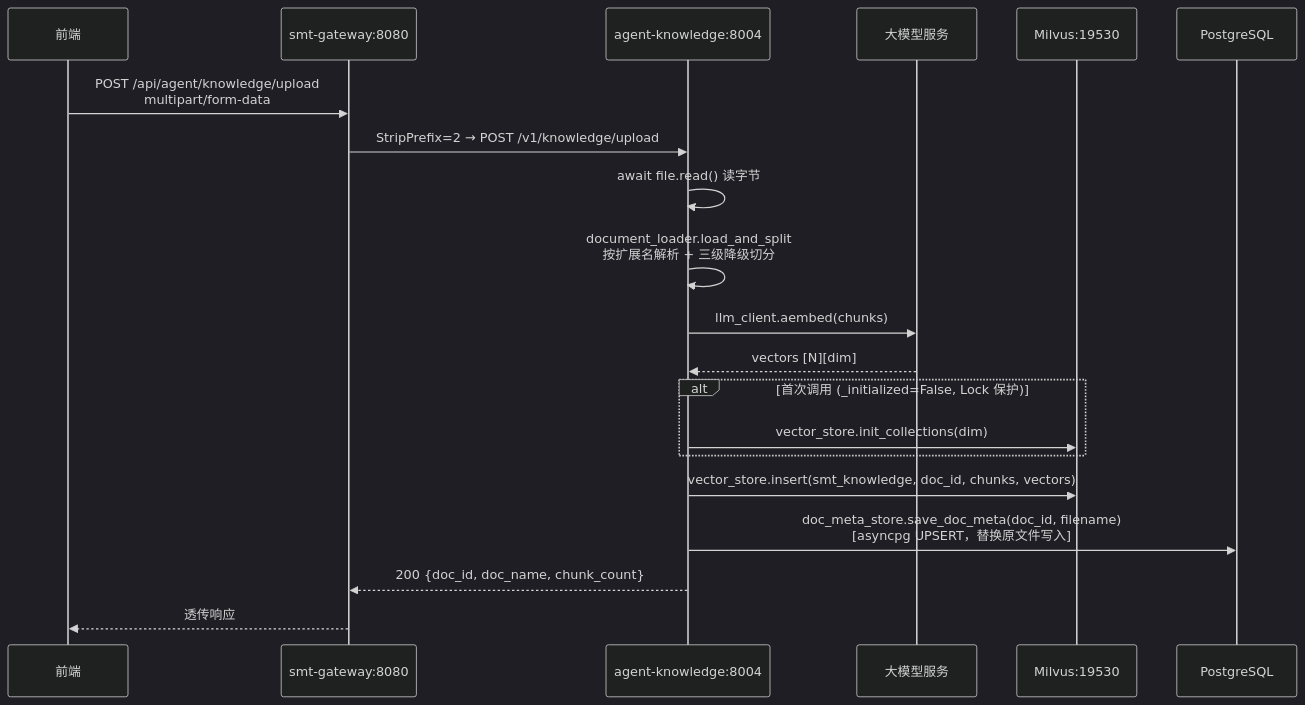
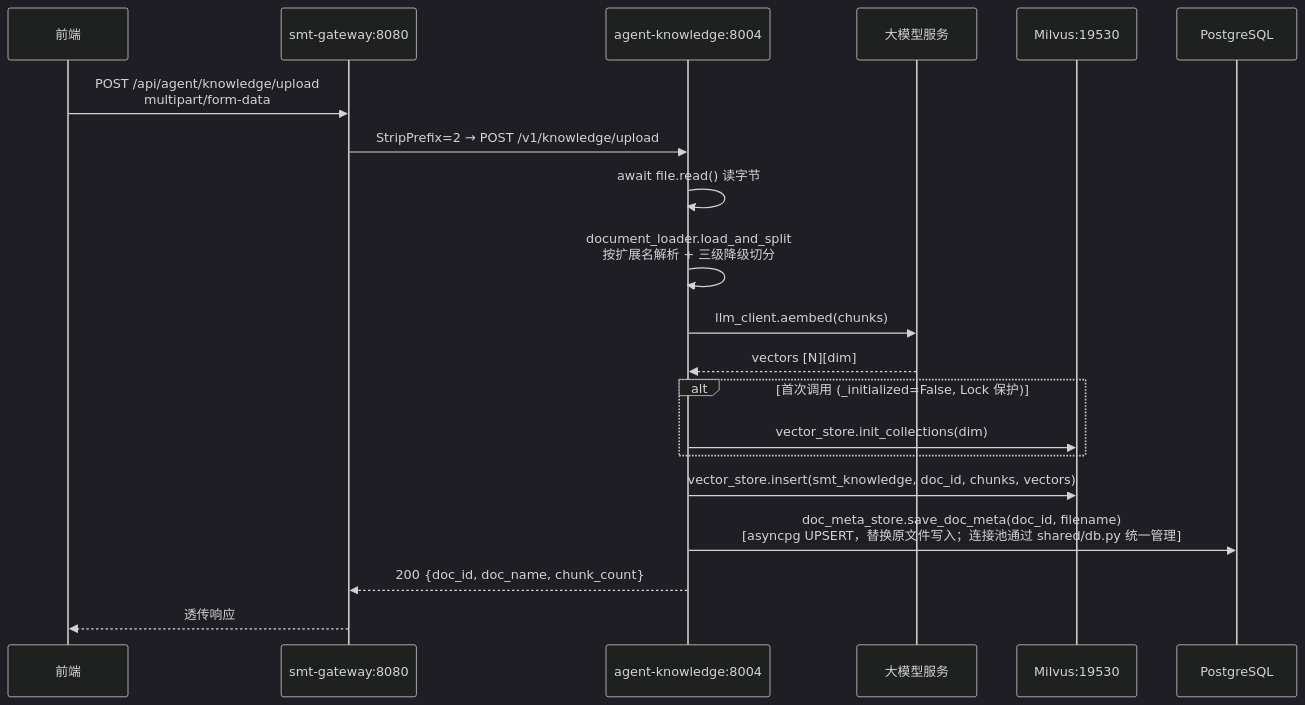
Before and after one commit to north30-dev/smt-agent-platform: the fifth of 8 diagrams in docs/explaination/project-explanation-phase2.md, drawn with Mermaid (dark theme). The commit also changed other lines of this file and 46 other files, not shown here.

````diff
--- a/docs/explaination/project-explanation-phase2.md
+++ b/docs/explaination/project-explanation-phase2.md
@@ -316,23 +315,23 @@
 ```mermaid
 sequenceDiagram
     participant FE as 前端
     participant GW as smt-gateway:8080
     participant AK as agent-knowledge:8004
     participant LLM as 大模型服务
     participant Mil as Milvus:19530
     participant PG as PostgreSQL
 
     FE->>GW: POST /api/agent/knowledge/upload<br/>multipart/form-data
     GW->>AK: StripPrefix=2 → POST /v1/knowledge/upload
     AK->>AK: await file.read() 读字节
     AK->>AK: document_loader.load_and_split<br/>按扩展名解析 + 三级降级切分
     AK->>LLM: llm_client.aembed(chunks)
     LLM-->>AK: vectors [N][dim]
     alt 首次调用 (_initialized=False, Lock 保护)
         AK->>Mil: vector_store.init_collections(dim)
     end
     AK->>Mil: vector_store.insert(smt_knowledge, doc_id, chunks, vectors)
-    AK->>PG: doc_meta_store.save_doc_meta(doc_id, filename)<br/>[asyncpg UPSERT，替换原文件写入]
+    AK->>PG: doc_meta_store.save_doc_meta(doc_id, filename)<br/>[asyncpg UPSERT，替换原文件写入；连接池通过 shared/db.py 统一管理]
     AK-->>GW: 200 {doc_id, doc_name, chunk_count}
     GW-->>FE: 透传响应
 ```
````
